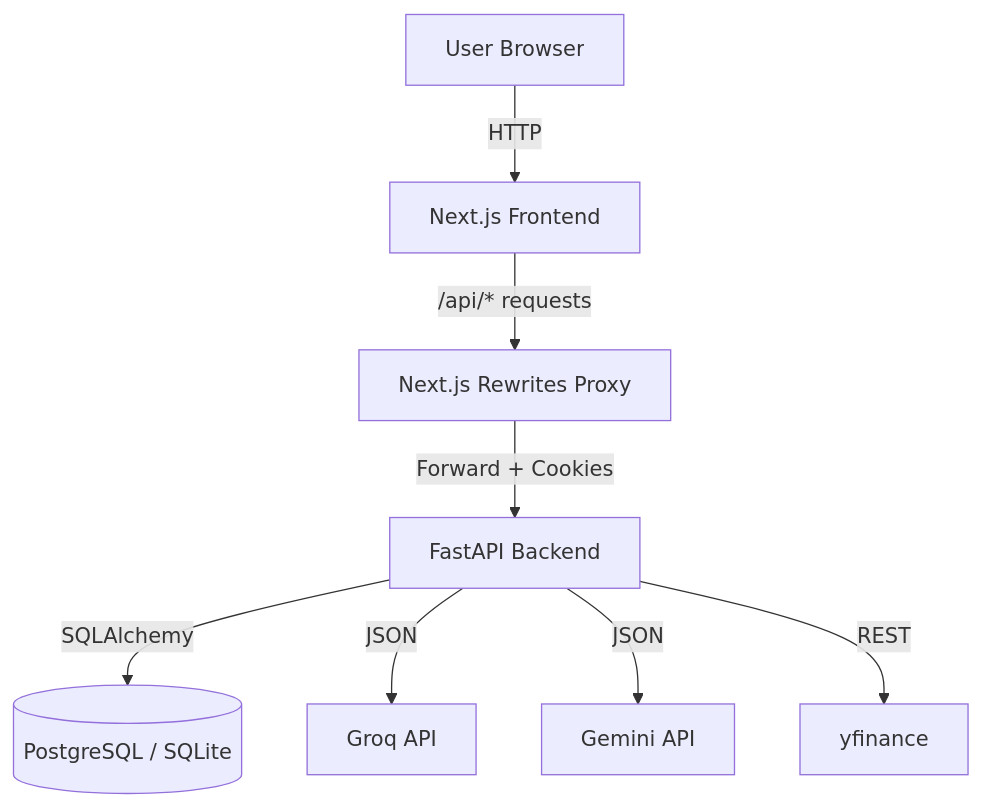
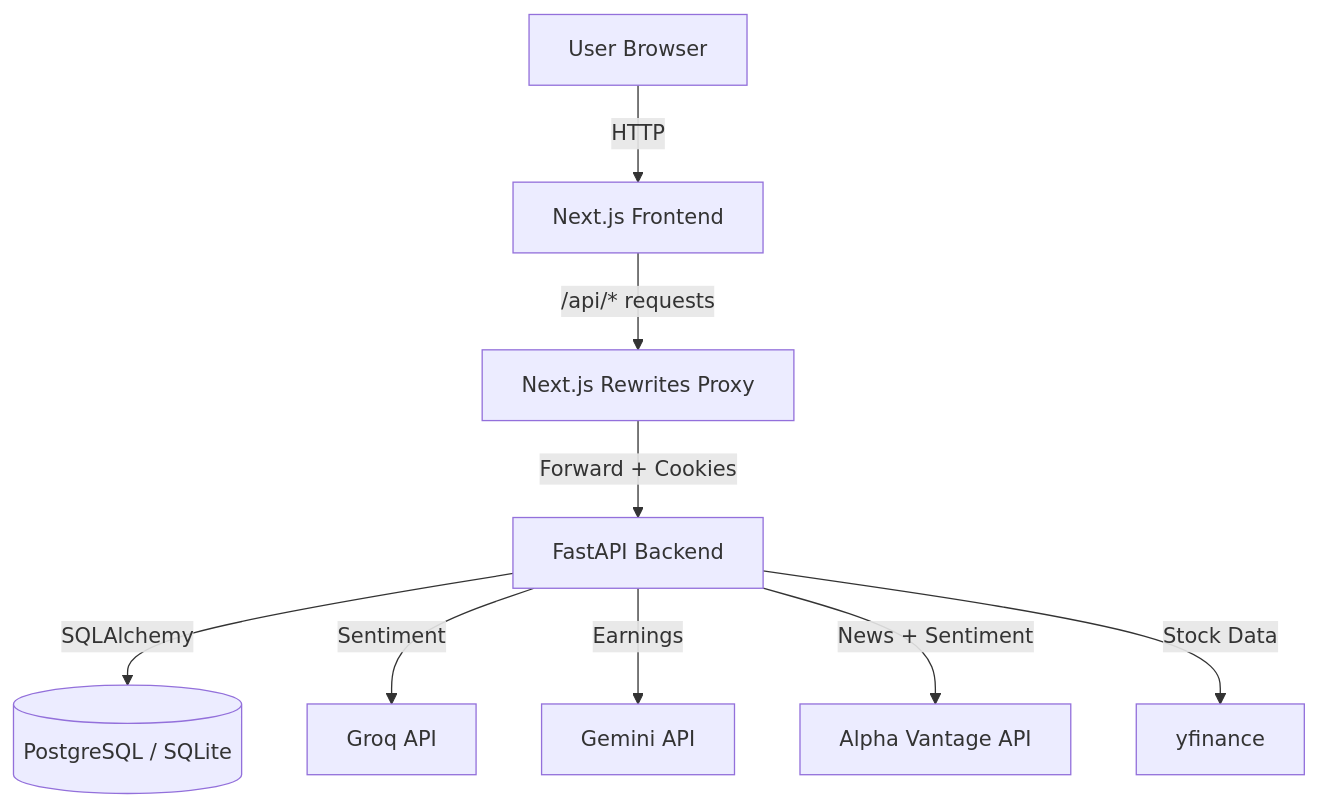
The diagram in docs/ARCHITECTURE.md (vinayakm-93/vinsight), drawn with Mermaid before and after one commit. The commit also changed other lines of this file and 3 other files, not shown here.

````diff
--- a/docs/ARCHITECTURE.md
+++ b/docs/ARCHITECTURE.md
@@ -7,19 +7,21 @@
 ```mermaid
 graph TD
     User[User Browser]
     FE[Next.js Frontend]
     Proxy[Next.js Rewrites Proxy]
     BE[FastAPI Backend]
     DB[(PostgreSQL / SQLite)]
     AI1[Groq API]
     AI2[Gemini API]
+    AV[Alpha Vantage API]
     Data[yfinance]
 
     User -->|HTTP| FE
     FE -->|/api/* requests| Proxy
     Proxy -->|Forward + Cookies| BE
     BE -->|SQLAlchemy| DB
-    BE -->|JSON| AI1
-    BE -->|JSON| AI2
-    BE -->|REST| Data
+    BE -->|Sentiment| AI1
+    BE -->|Earnings| AI2
+    BE -->|News + Sentiment| AV
+    BE -->|Stock Data| Data
 ```
````
